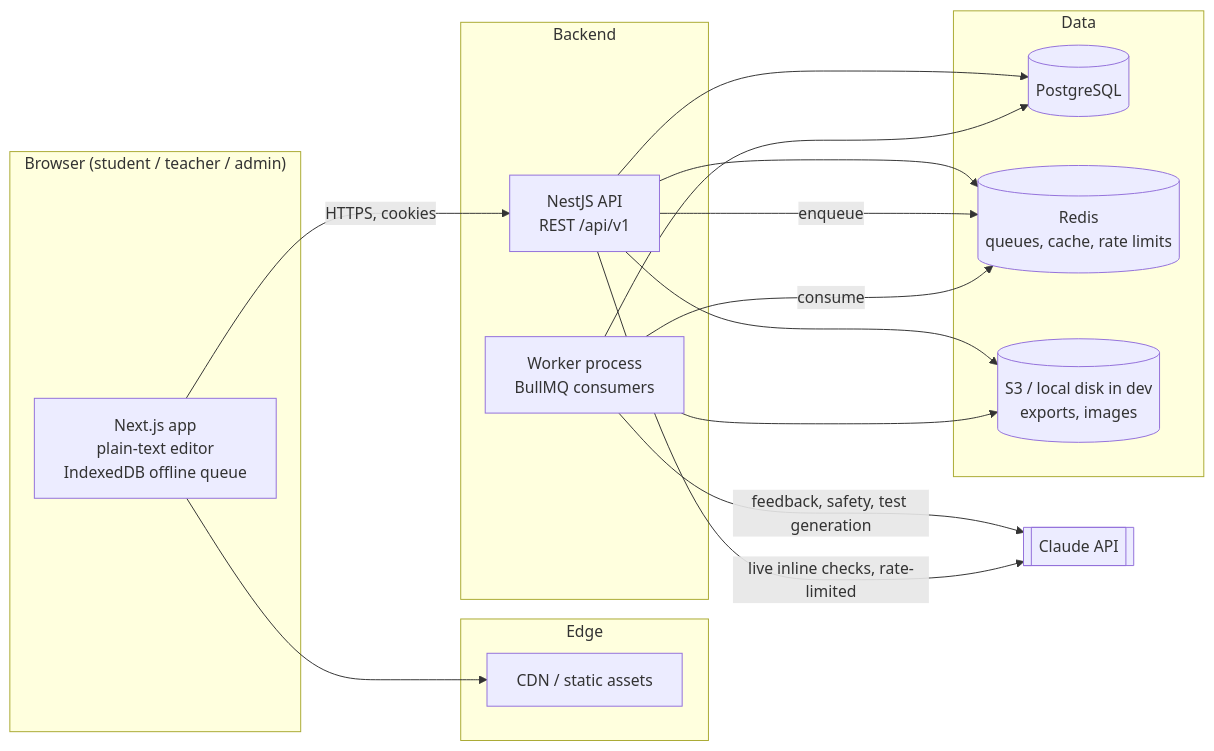
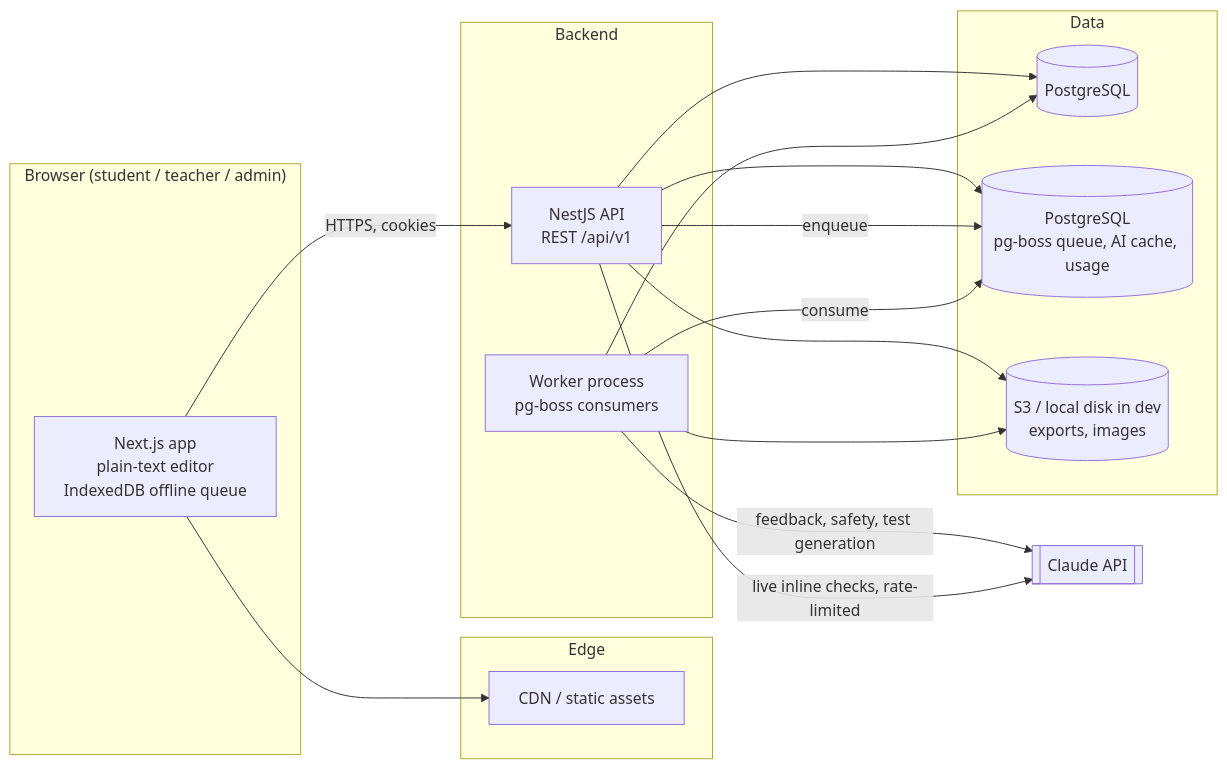
Before and after one commit to valarg08/ELAApp: the diagram in DESIGN.md, drawn with Mermaid. The commit also changed other lines of this file and 60 other files, not shown here.

````diff
--- a/DESIGN.md
+++ b/DESIGN.md
@@ -102,35 +102,35 @@
 ```mermaid
 flowchart LR
   subgraph Client["Browser (student / teacher / admin)"]
     WEB[Next.js app<br/>plain-text editor<br/>IndexedDB offline queue]
   end
 
   subgraph Edge
     CDN[CDN / static assets]
   end
 
   subgraph Backend
     API[NestJS API<br/>REST /api/v1]
-    WORKER[Worker process<br/>BullMQ consumers]
+    WORKER[Worker process<br/>pg-boss consumers]
   end
 
   subgraph Data
     PG[(PostgreSQL)]
-    REDIS[(Redis<br/>queues, cache, rate limits)]
+    REDIS[(PostgreSQL<br/>pg-boss queue, AI cache, usage)]
     S3[(S3 / local disk in dev<br/>exports, images)]
   end
 
   CLAUDE[[Claude API]]
 
   WEB -->|HTTPS, cookies| API
   WEB --> CDN
   API --> PG
   API --> REDIS
   API --> S3
   API -->|enqueue| REDIS
   WORKER -->|consume| REDIS
   WORKER --> PG
   WORKER --> S3
   WORKER -->|feedback, safety, test generation| CLAUDE
   API -->|live inline checks, rate-limited| CLAUDE
 ```
````
